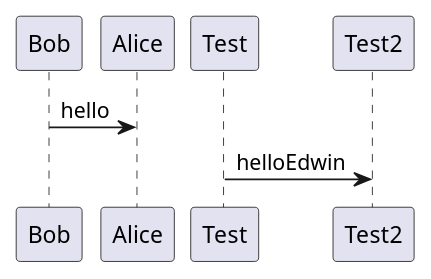
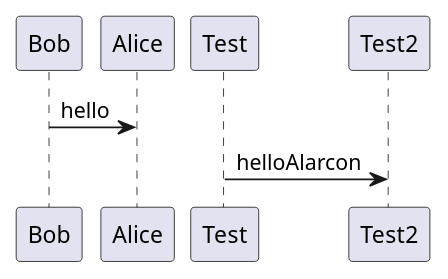
Before and after one commit to falarcond/plantuml: the diagram in diagrams/first.puml, drawn with PlantUML.

```diff
--- a/diagrams/first.puml
+++ b/diagrams/first.puml
@@ -1,4 +1,4 @@
 @startuml
 Bob -> Alice : hello
-Test -> Test2 : helloEdwin
+Test -> Test2 : helloAlarcon
 @enduml
```
